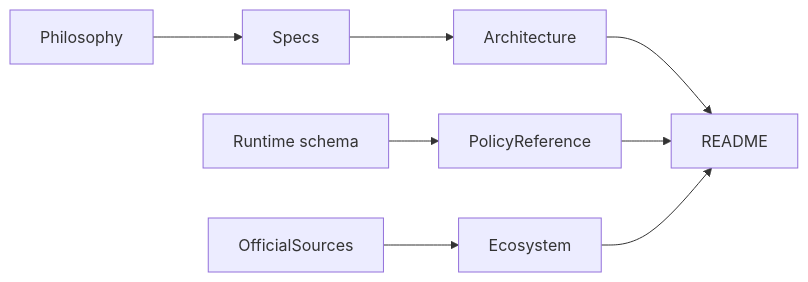
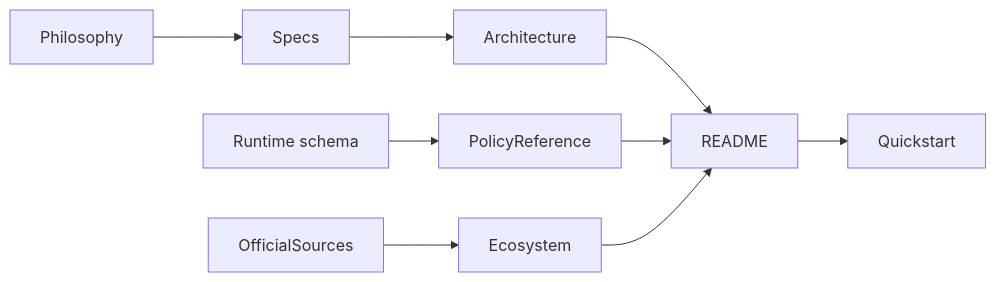
Before and after one commit to streamentry/AGENTOWNERS: the first of 3 diagrams in docs/AGENTS.md, drawn with Mermaid. The commit also changed other lines of this file and 7 other files, not shown here.

````diff
--- a/docs/AGENTS.md
+++ b/docs/AGENTS.md
@@ -25,10 +26,11 @@
 ```mermaid
 flowchart LR
   OfficialSources --> Ecosystem
   Specs --> Architecture
   Schema[Runtime schema] --> PolicyReference
+  README --> Quickstart
   Philosophy --> Specs
   Architecture --> README
   PolicyReference --> README
   Ecosystem --> README
 ```
````
